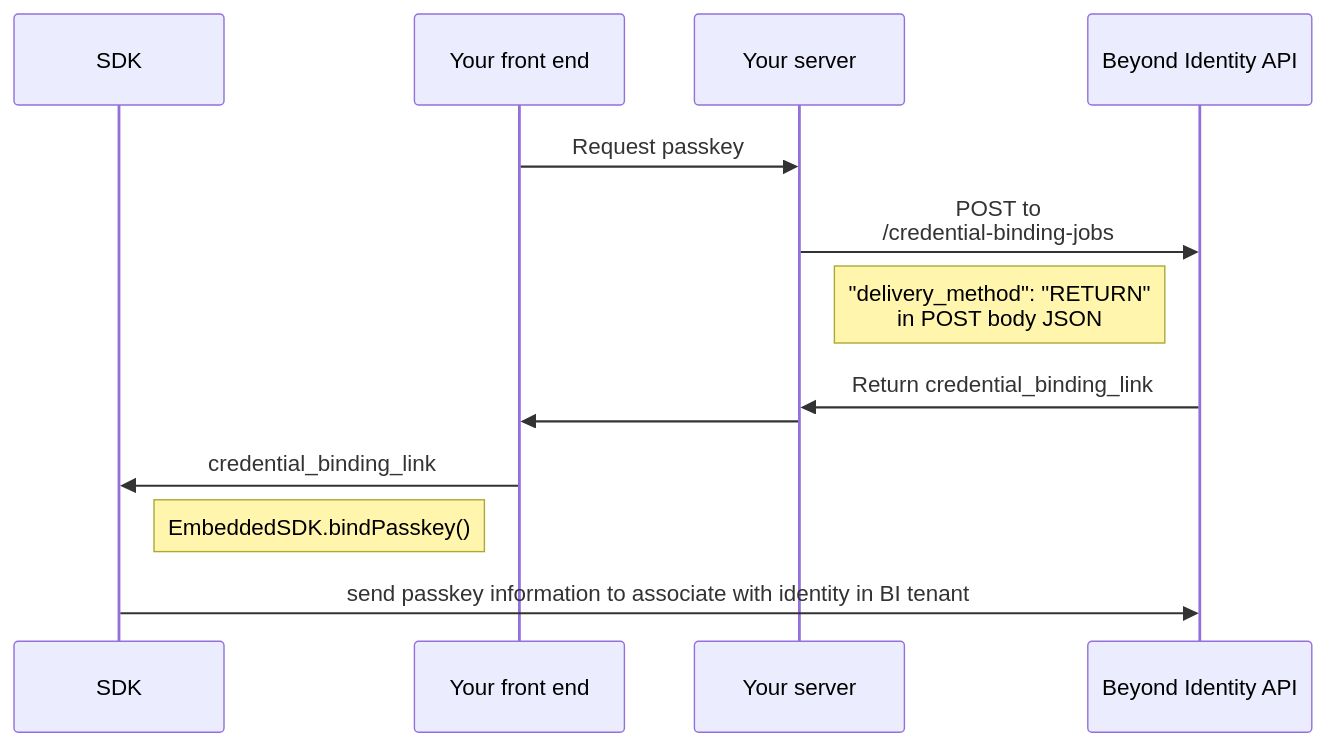
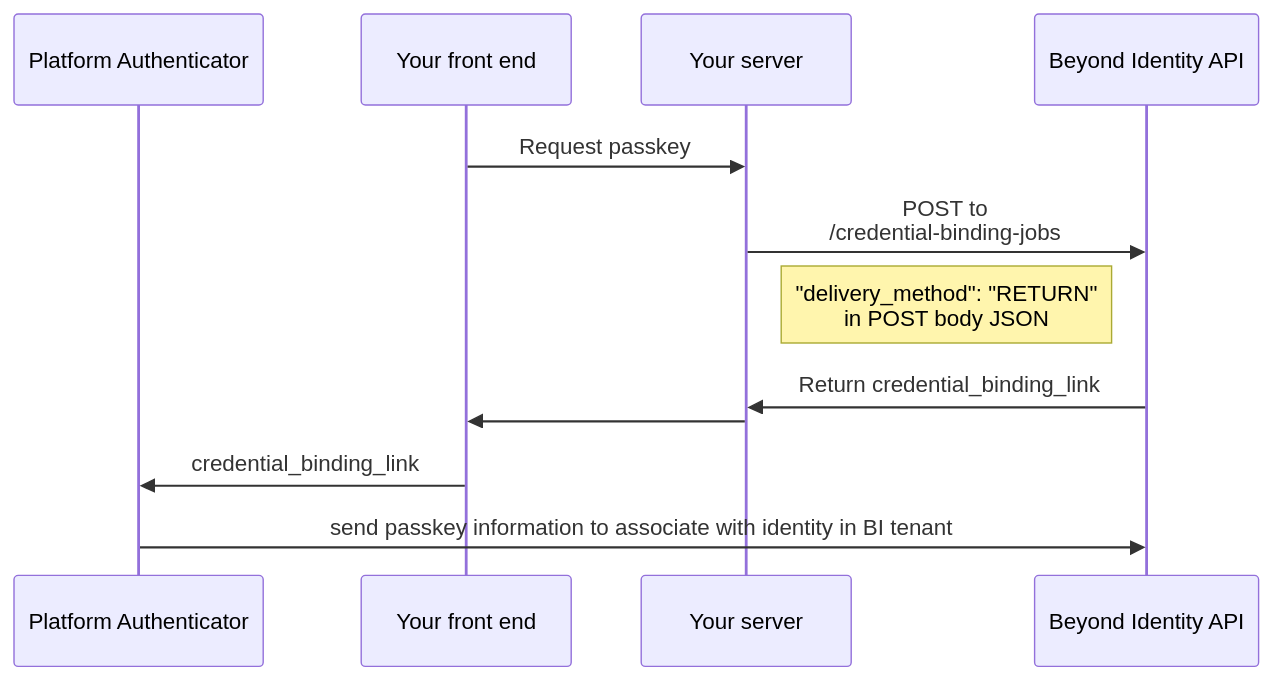
Before and after one commit to gobeyondidentity/customer-docs: the diagram in docs/includes/_bind-delivery-method-return-diagram.mdx, drawn with Mermaid. The commit also changed 4 other files, not shown here.

````diff
--- a/docs/includes/_bind-delivery-method-return-diagram.mdx
+++ b/docs/includes/_bind-delivery-method-return-diagram.mdx
@@ -1,15 +1,14 @@
 ```mermaid
 sequenceDiagram
-    participant SDK
+    participant Platform Authenticator
     participant Your front end
     participant Your server
     participant Beyond Identity API 
     Your front end ->> Your server: Request passkey
     Your server ->> Beyond Identity API: POST to <br/>/credential-binding-jobs
     Note right of Your server: "delivery_method": "RETURN"<br/> in POST body JSON
     Beyond Identity API ->> Your server: Return credential_binding_link
     Your server ->> Your front end: 
-    Your front end ->> SDK: credential_binding_link
-    Note right of SDK: EmbeddedSDK.bindPasskey()
-    SDK ->> Beyond Identity API: send passkey information to associate with identity in BI tenant
+    Your front end ->> Platform Authenticator: credential_binding_link
+    Platform Authenticator ->> Beyond Identity API: send passkey information to associate with identity in BI tenant
 ```
````
